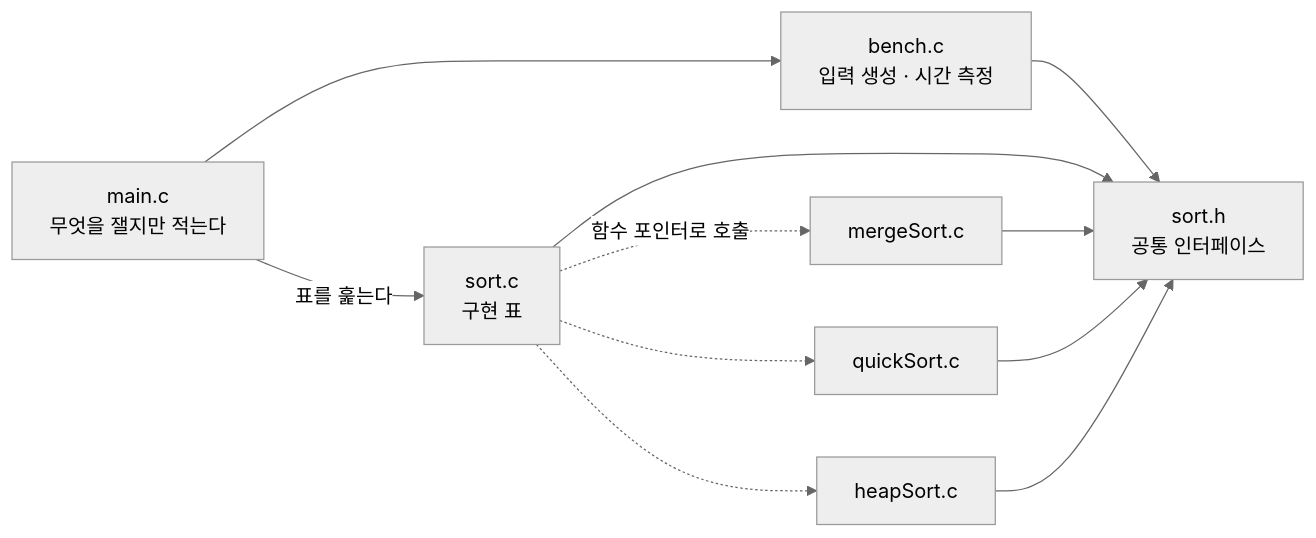
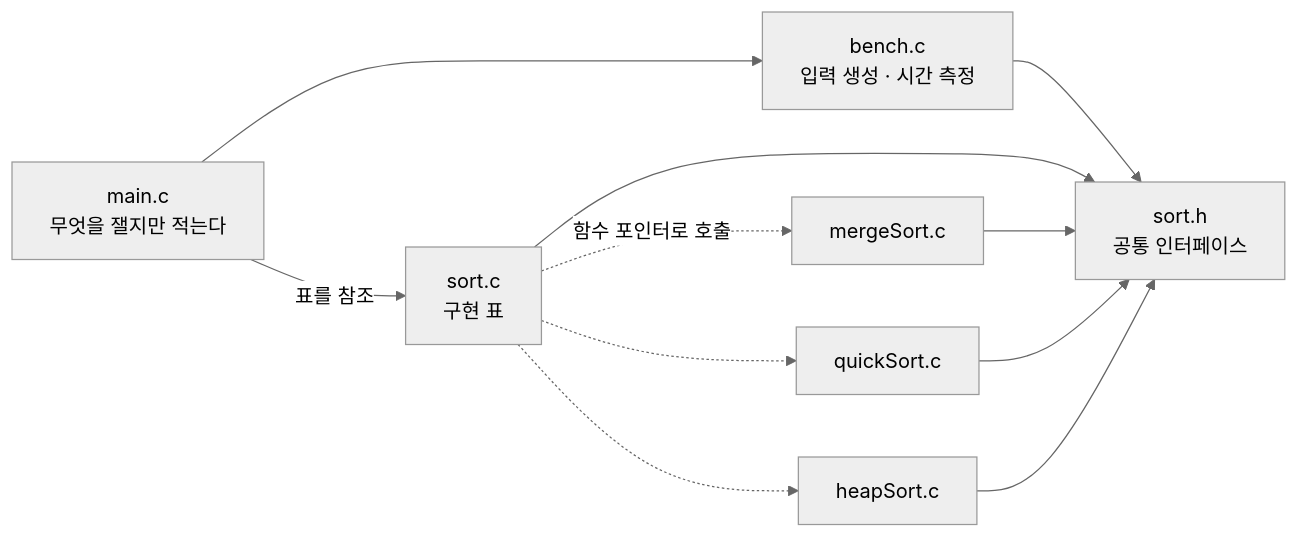
The second of 10 diagrams in report/REPORT.md (SungHyuk108/Advanced_algorithm_SungHyukKim_Comparing_Sorting), drawn with Mermaid (neutral theme) before and after one commit. The commit also changed other lines of this file and 1 other file, not shown here.

````diff
--- a/report/REPORT.md
+++ b/report/REPORT.md
@@ -111,21 +112,21 @@
 ```mermaid
 flowchart LR
     main["main.c<br/>무엇을 잴지만 적는다"]
     bench["bench.c<br/>입력 생성 · 시간 측정"]
     sorth["sort.h<br/>공통 인터페이스"]
     sortc["sort.c<br/>구현 표"]
     ms["mergeSort.c"]
     qs["quickSort.c"]
     hs["heapSort.c"]
 
-    main -->|"표를 훑는다"| sortc
+    main -->|"표를 참조"| sortc
     main --> bench
     bench --> sorth
     sortc --> sorth
     ms --> sorth
     qs --> sorth
     hs --> sorth
     sortc -.->|"함수 포인터로 호출"| ms
     sortc -.-> qs
     sortc -.-> hs
 ```
````
